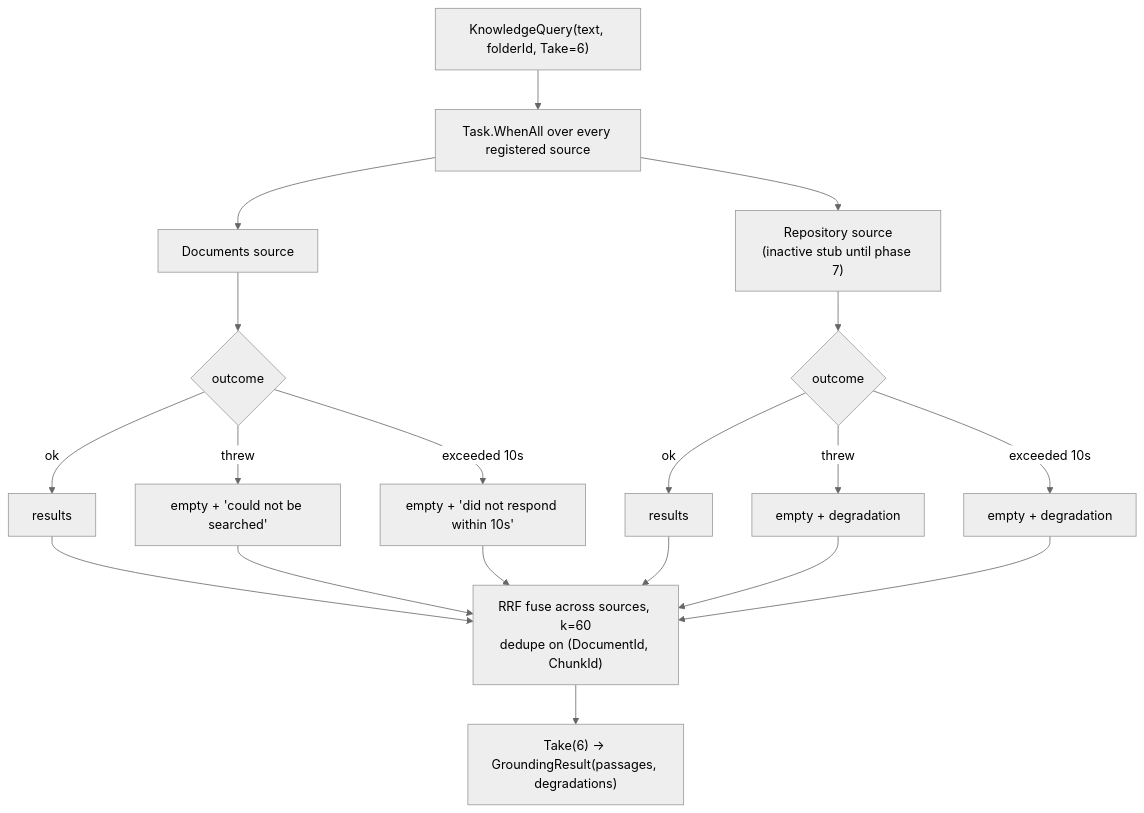
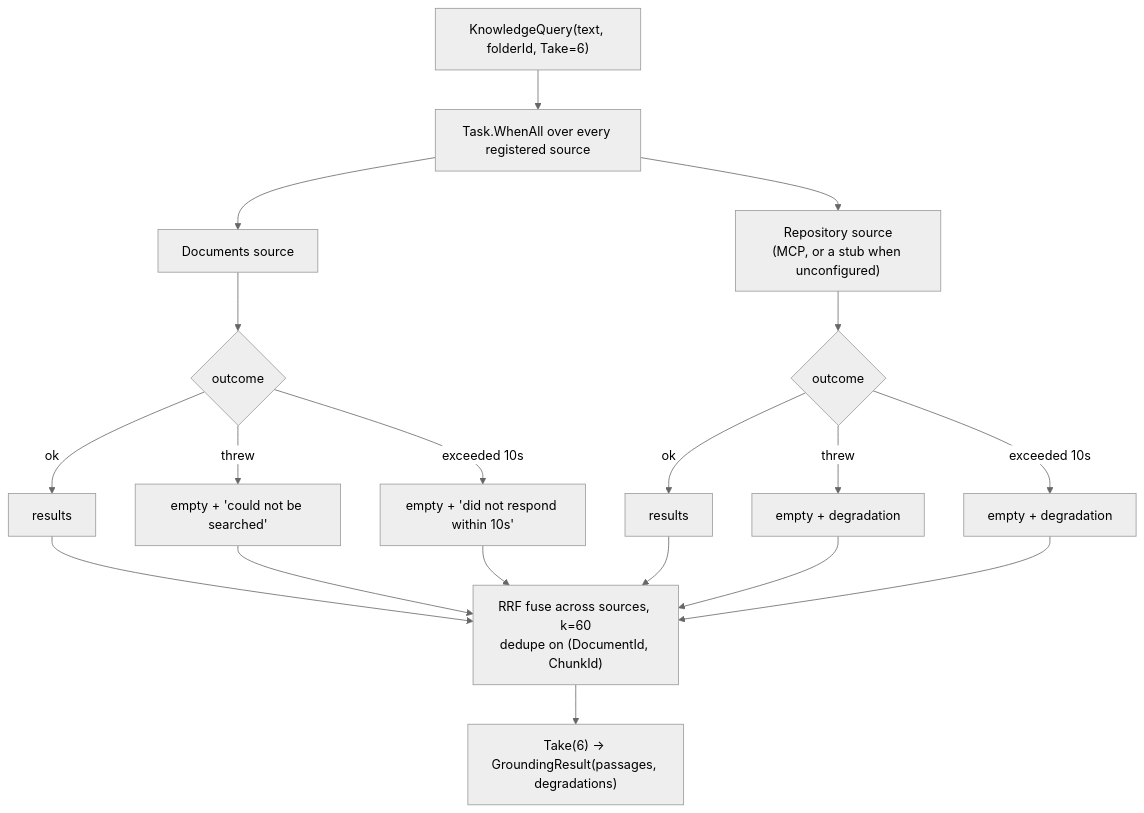
The fifth of 7 diagrams in chat-pipeline.md (AnushxD/Knowledge-Hub), drawn with Mermaid (neutral theme) before and after one commit. The commit also changed other lines of this file and 3 other files, not shown here.

````diff
--- a/chat-pipeline.md
+++ b/chat-pipeline.md
@@ -247,27 +247,27 @@
 ```mermaid
 flowchart TD
     A["KnowledgeQuery(text, folderId, Take=6)"] --> B["Task.WhenAll over every registered source"]
 
     B --> C1["Documents source"]
-    B --> C2["Repository source<br/>(inactive stub until phase 7)"]
+    B --> C2["Repository source<br/>(MCP, or a stub when unconfigured)"]
 
     C1 --> D1{"outcome"}
     C2 --> D2{"outcome"}
 
     D1 -->|ok| E1["results"]
     D1 -->|"threw"| F1["empty + 'could not be searched'"]
     D1 -->|"exceeded 10s"| G1["empty + 'did not respond within 10s'"]
 
     D2 -->|ok| E2["results"]
     D2 -->|"threw"| F2["empty + degradation"]
     D2 -->|"exceeded 10s"| G2["empty + degradation"]
 
     E1 --> H["RRF fuse across sources, k=60<br/>dedupe on (DocumentId, ChunkId)"]
     F1 --> H
     G1 --> H
     E2 --> H
     F2 --> H
     G2 --> H
 
     H --> I["Take(6) → GroundingResult(passages, degradations)"]
 ```
````
